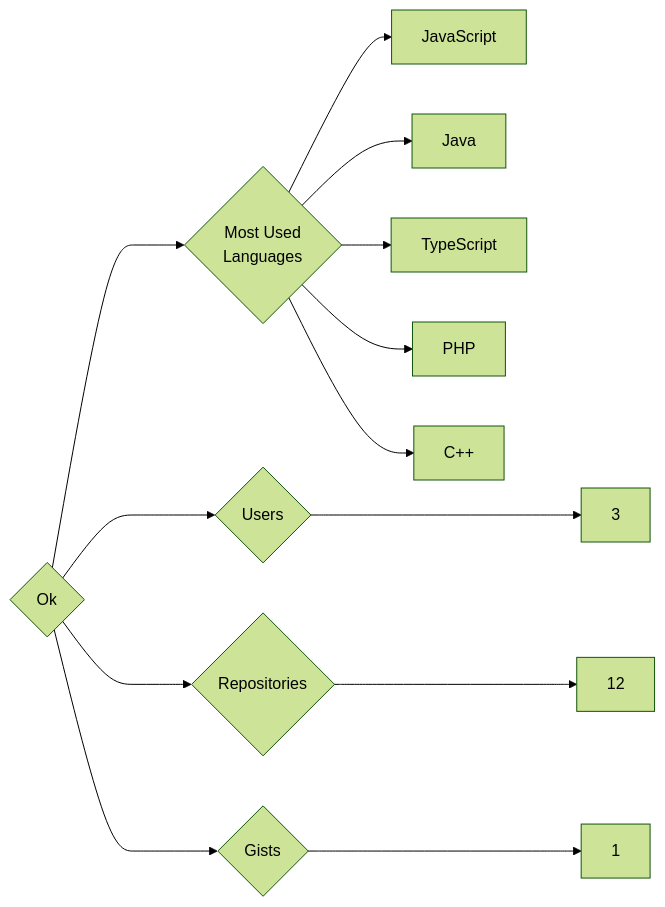
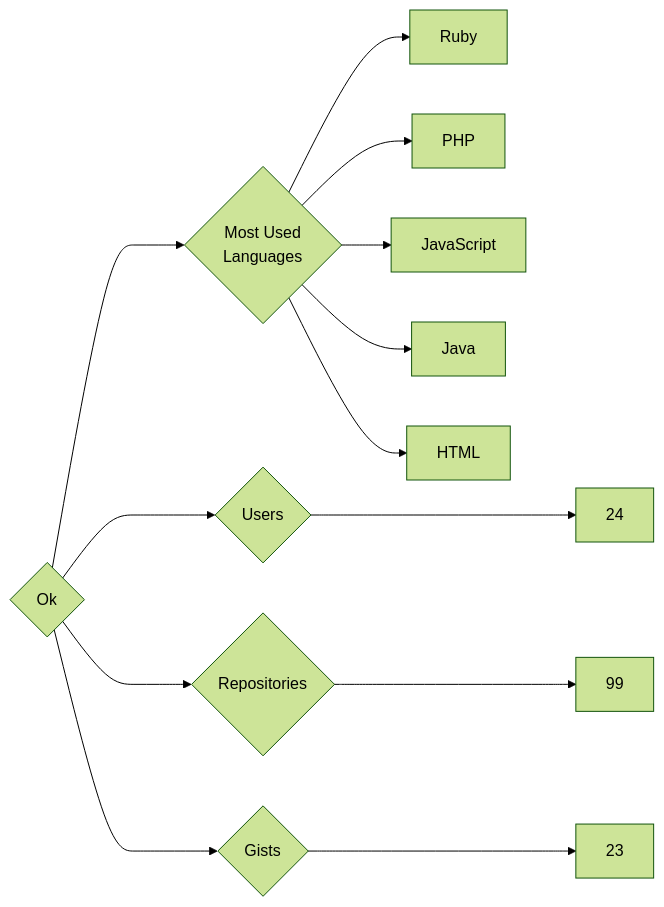
Before and after one commit to trickest/insiders: the diagram in targets/Ok/README.md, drawn with Mermaid (forest theme). The commit also changed 912 other files, not shown here.

````diff
--- a/targets/Ok/README.md
+++ b/targets/Ok/README.md
@@ -3,13 +3,13 @@
 ```mermaid
 graph LR
 COMPANY_NAME{Ok}
-COMPANY_NAME ---> U{Users} ---> UN[3]
-COMPANY_NAME ---> R{Repositories} ---> RN[12]
-COMPANY_NAME ---> G{Gists} ---> GN[1]
+COMPANY_NAME ---> U{Users} ---> UN[24]
+COMPANY_NAME ---> R{Repositories} ---> RN[99]
+COMPANY_NAME ---> G{Gists} ---> GN[23]
 COMPANY_NAME ---> ML{Most Used<br>Languages}
+ML --> Ruby[Ruby]
+ML --> PHP[PHP]
 ML --> JavaScript[JavaScript]
 ML --> Java[Java]
-ML --> TypeScript[TypeScript]
-ML --> PHP[PHP]
-ML --> C++[C++]
+ML --> HTML[HTML]
 ```
````
